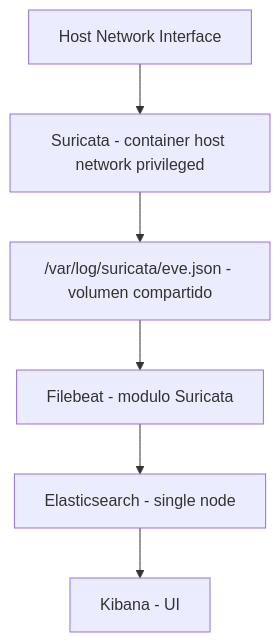
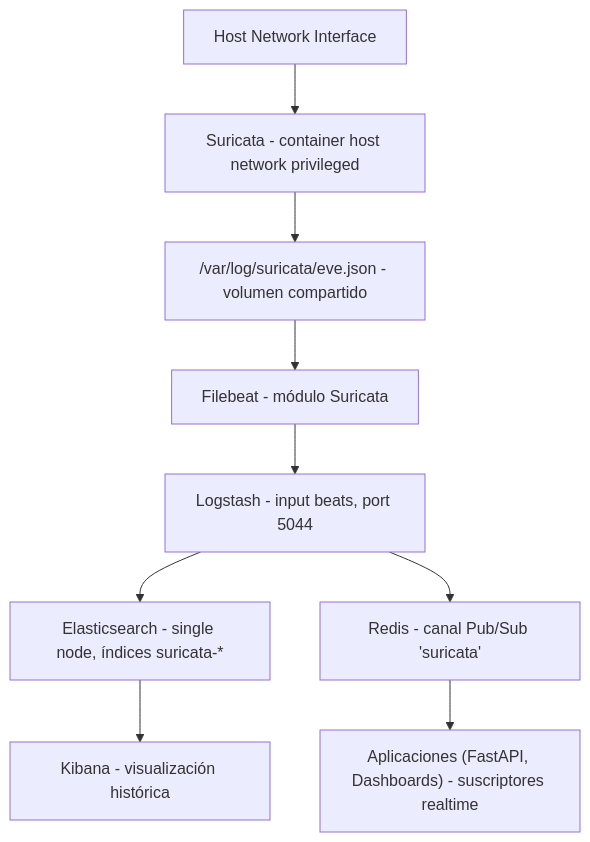
Before and after one commit to MauricioDMO/LPP0-P10-Sistema-Inteligente-de-Detecci-n-de-Intrusiones: the diagram in Docs/01-Arquitectura/Arquitectura.md, drawn with Mermaid. The commit also changed other lines of this file and 13 other files, not shown here.

First line of the commit message:
Refactor architecture and components for enhanced event processing

````diff
--- a/Docs/01-Arquitectura/Arquitectura.md
+++ b/Docs/01-Arquitectura/Arquitectura.md
@@ -17,8 +24,11 @@
 ```mermaid
 flowchart TD
     A["Host Network Interface"] --> B["Suricata - container host network privileged"]
     B --> C["/var/log/suricata/eve.json - volumen compartido"]
-    C --> D["Filebeat - modulo Suricata"]
-    D --> E["Elasticsearch - single node"]
-    E --> F["Kibana - UI"]
+    C --> D["Filebeat - módulo Suricata"]
+    D --> E["Logstash - input beats, port 5044"]
+    E --> F["Elasticsearch - single node, índices suricata-*"]
+    E --> G["Redis - canal Pub/Sub 'suricata'"]
+    F --> H["Kibana - visualización histórica"]
+    G --> I["Aplicaciones (FastAPI, Dashboards) - suscriptores realtime"]
 ```
````
